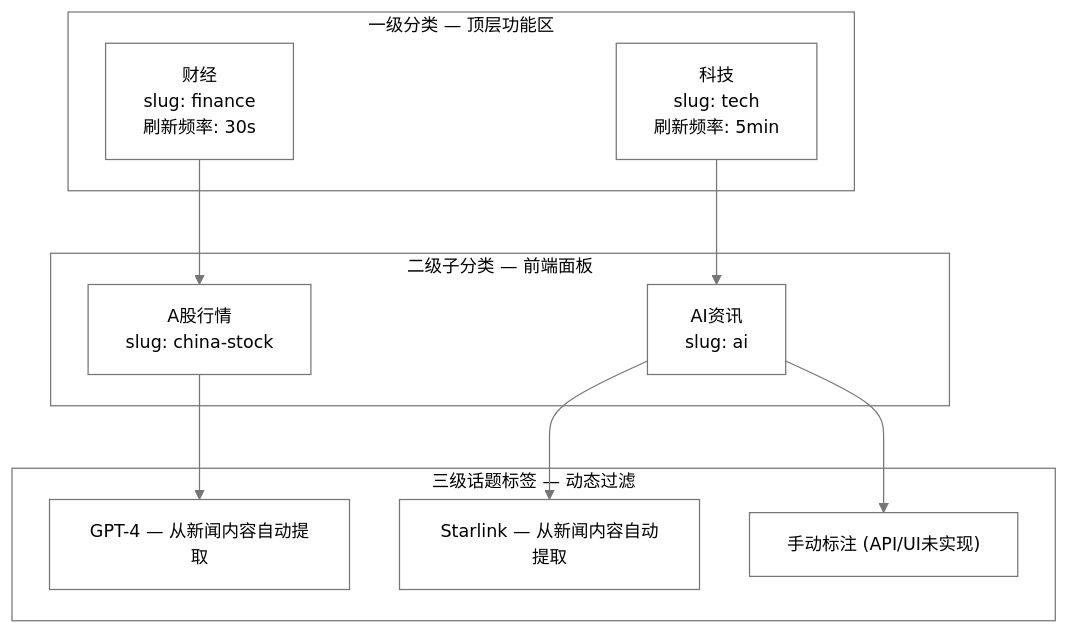
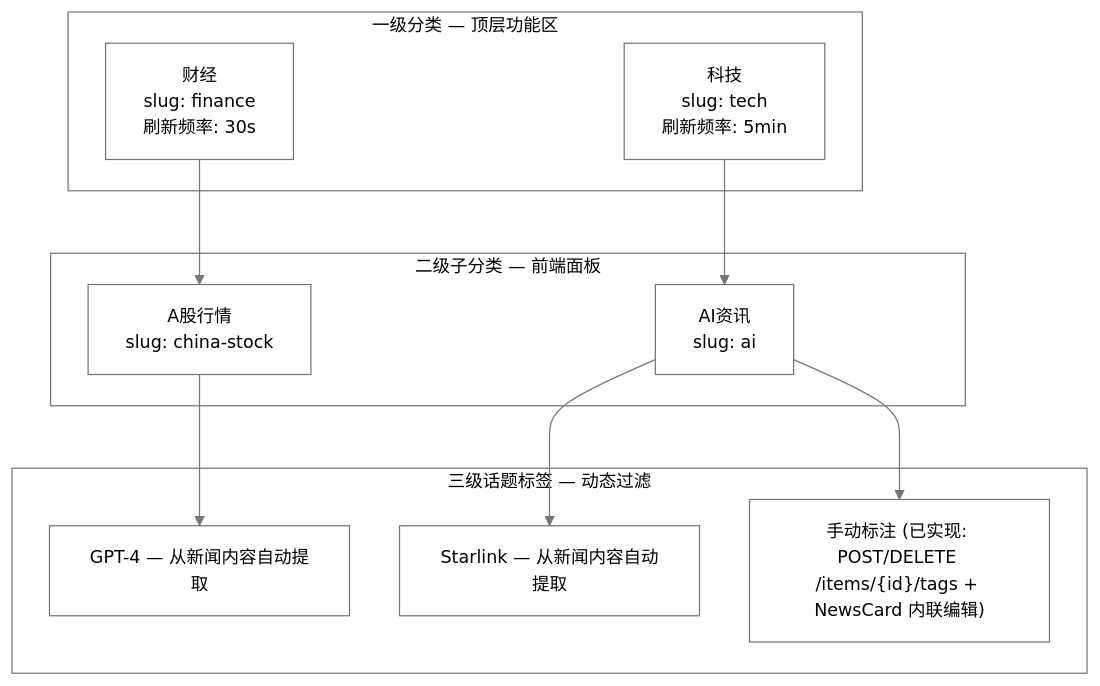
The first of 6 diagrams in docs/dev-guide/design/content-categories.md (onceme/instantboard), drawn with Mermaid before and after one commit. The commit also changed other lines of this file and 14 other files, not shown here.

````diff
--- a/docs/dev-guide/design/content-categories.md
+++ b/docs/dev-guide/design/content-categories.md
@@ -40,22 +40,22 @@
 ```mermaid
 %%{init: {"theme": "base", "themeVariables": {"primaryColor": "#ffffff", "primaryTextColor": "#000000", "primaryBorderColor": "#767676", "lineColor": "#767676", "arrowheadColor": "#767676", "secondaryColor": "#ffffff", "secondaryTextColor": "#000000", "secondaryBorderColor": "#767676", "tertiaryColor": "#ffffff", "tertiaryTextColor": "#000000", "tertiaryBorderColor": "#767676", "edgeLabelBackground": "#ffffff", "textColor": "#000000", "nodeTextColor": "#000000", "mainBkg": "#ffffff", "nodeBorder": "#767676", "clusterBkg": "#ffffff", "clusterBdr": "#767676", "clusterTextColor": "#000000", "titleColor": "#000000", "fontSize": "14px"}, "flowchart": {"nodeSpacing": 40, "rankSpacing": 50, "wrappingWidth": 180, "useMaxWidth": true}}}%%
 graph TD
     subgraph level1["一级分类 — 顶层功能区"]
         finance["财经<br/>slug: finance<br/>刷新频率: 30s"]
         tech["科技<br/>slug: tech<br/>刷新频率: 5min"]
     end
     subgraph level2["二级子分类 — 前端面板"]
         cn_stock["A股行情<br/>slug: china-stock"]
         ai["AI资讯<br/>slug: ai"]
     end
     subgraph level3["三级话题标签 — 动态过滤"]
         gpt4["GPT-4 — 从新闻内容自动提取"]
         starlink["Starlink — 从新闻内容自动提取"]
-        custom["手动标注 (API/UI未实现)"]
+        custom["手动标注 (已实现: POST/DELETE /items/{id}/tags + NewsCard 内联编辑)"]
     end
     finance --> cn_stock
     tech --> ai
     cn_stock --> gpt4
     ai --> starlink
     ai --> custom
 ```
````
